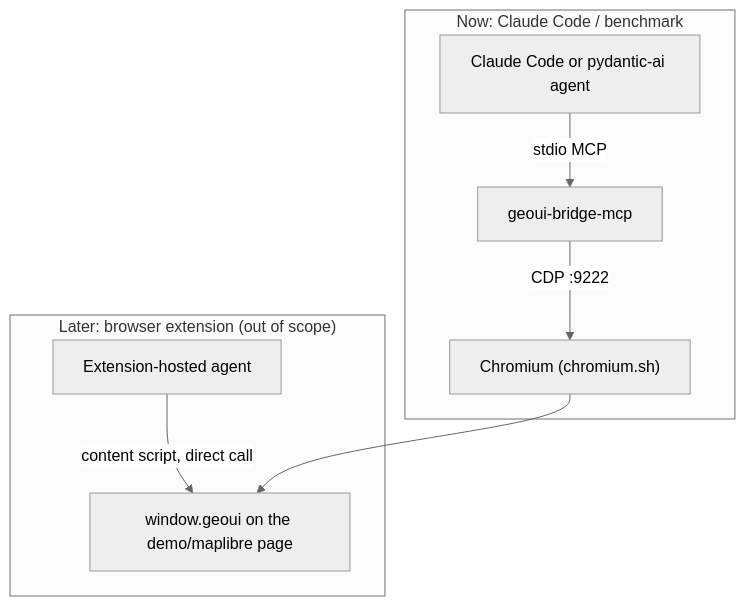
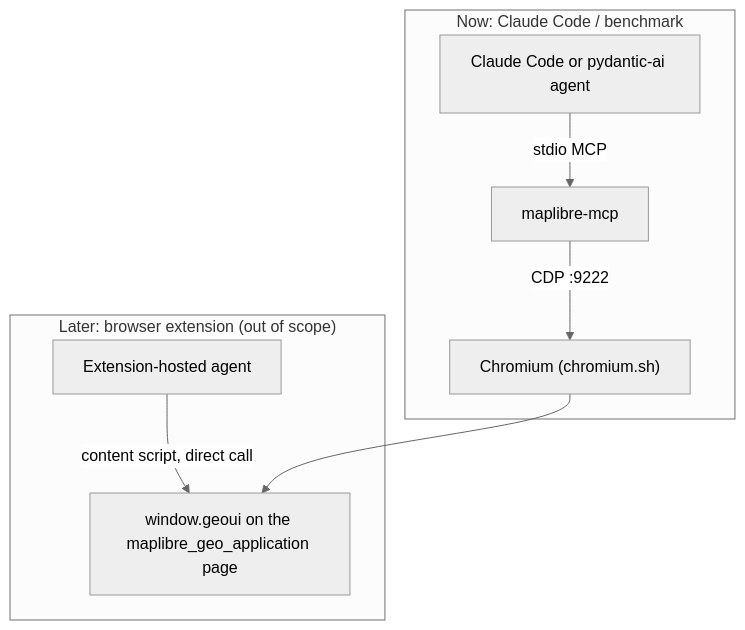
One commit to sanzog03/geoui-intent-protocol changed the third of 3 diagrams in docs/maplibre-demo/architecture.md. Above: the diagram before and after it, drawn with Mermaid (neutral theme). The commit also changed other lines of this file and 54 other files, not shown here.

````diff
--- a/docs/maplibre-demo/architecture.md
+++ b/docs/maplibre-demo/architecture.md
@@ -120,10 +120,10 @@
 ```mermaid
 flowchart TB
     subgraph Now["Now: Claude Code / benchmark"]
-        CC["Claude Code or pydantic-ai agent"] -- "stdio MCP" --> MCP1["geoui-bridge-mcp"] -- "CDP :9222" --> CH["Chromium (chromium.sh)"]
+        CC["Claude Code or pydantic-ai agent"] -- "stdio MCP" --> MCP1["maplibre-mcp"] -- "CDP :9222" --> CH["Chromium (chromium.sh)"]
     end
     subgraph Later["Later: browser extension (out of scope)"]
         EXT["Extension-hosted agent"] -- "content script, direct call" --> WG
     end
-    CH --> WG["window.geoui on the demo/maplibre page"]
+    CH --> WG["window.geoui on the maplibre_geo_application page"]
 ```
````
